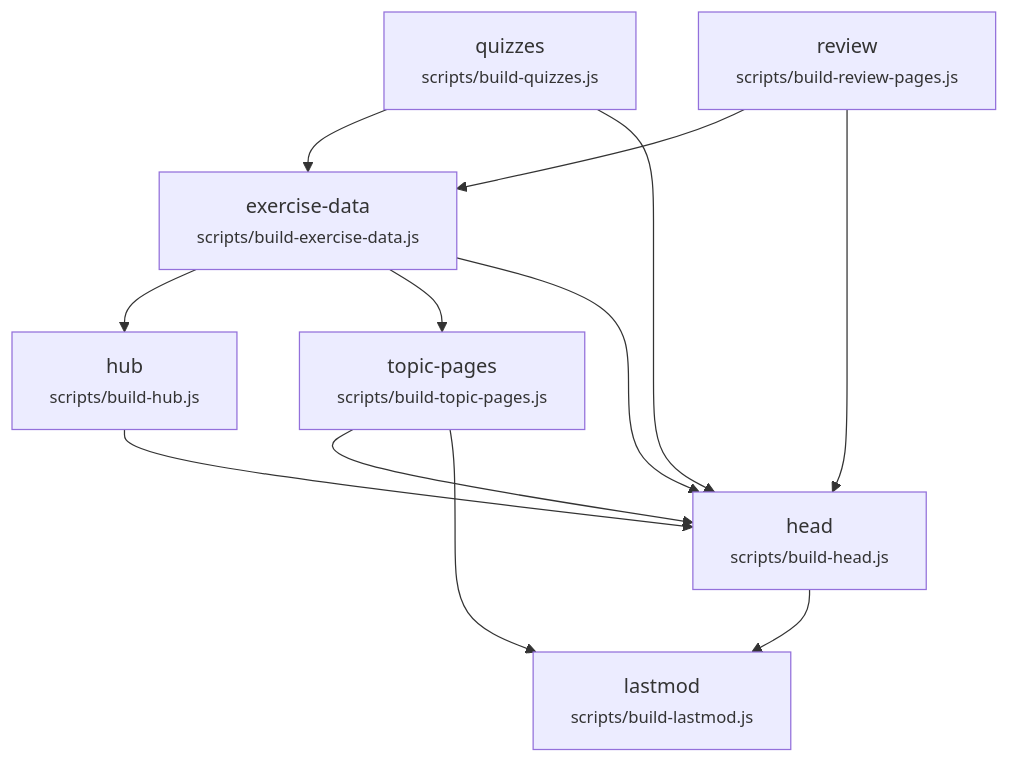
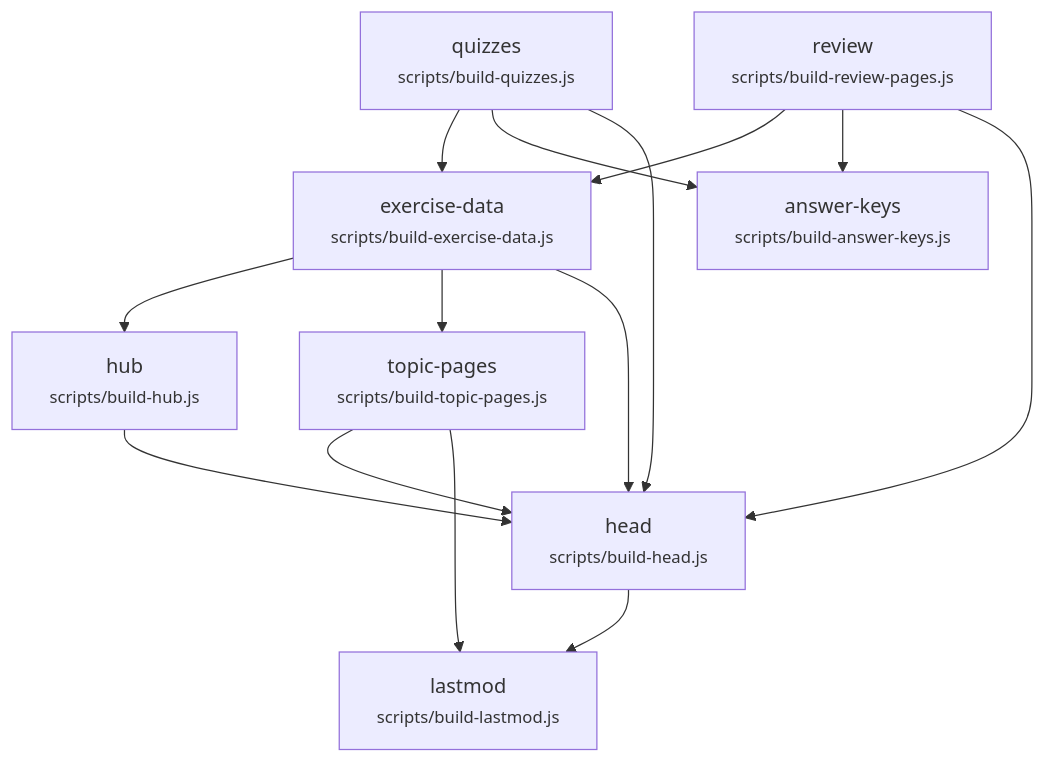
Before and after one commit to EnglishOnlineTraining/vocab-games: the diagram in docs/build-graph.mmd, drawn with Mermaid. The commit also changed 177 other files, not shown here.

```diff
--- a/docs/build-graph.mmd
+++ b/docs/build-graph.mmd
@@ -1,21 +1,24 @@
 %% GENERATED by scripts/build.js --write-graph — do not edit by hand.
 %% Run `node scripts/build.js --write-graph` after changing scripts/pipeline.js.
 graph TD
   quizzes["quizzes<br/><small>scripts/build-quizzes.js</small>"]
   review["review<br/><small>scripts/build-review-pages.js</small>"]
   exercise_data["exercise-data<br/><small>scripts/build-exercise-data.js</small>"]
+  answer_keys["answer-keys<br/><small>scripts/build-answer-keys.js</small>"]
   hub["hub<br/><small>scripts/build-hub.js</small>"]
   topic_pages["topic-pages<br/><small>scripts/build-topic-pages.js</small>"]
   head["head<br/><small>scripts/build-head.js</small>"]
   lastmod["lastmod<br/><small>scripts/build-lastmod.js</small>"]
   quizzes --> exercise_data
   review --> exercise_data
+  quizzes --> answer_keys
+  review --> answer_keys
   exercise_data --> hub
   exercise_data --> topic_pages
   hub --> head
   topic_pages --> head
   quizzes --> head
   review --> head
   exercise_data --> head
   head --> lastmod
   topic_pages --> lastmod
```
